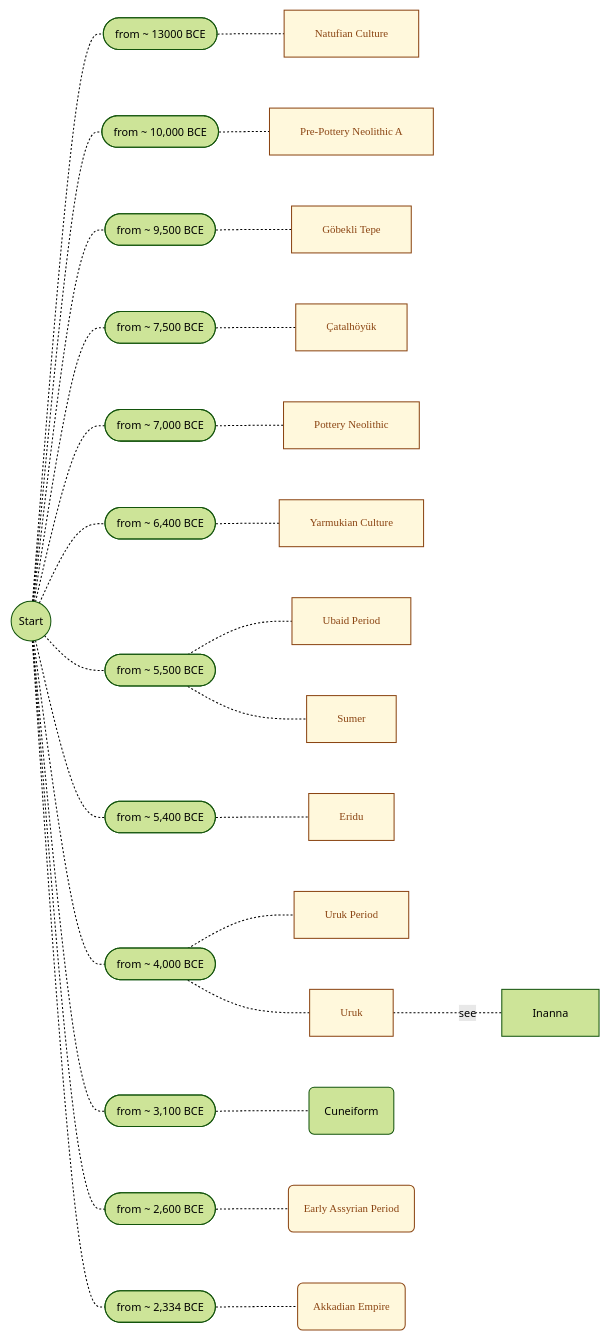
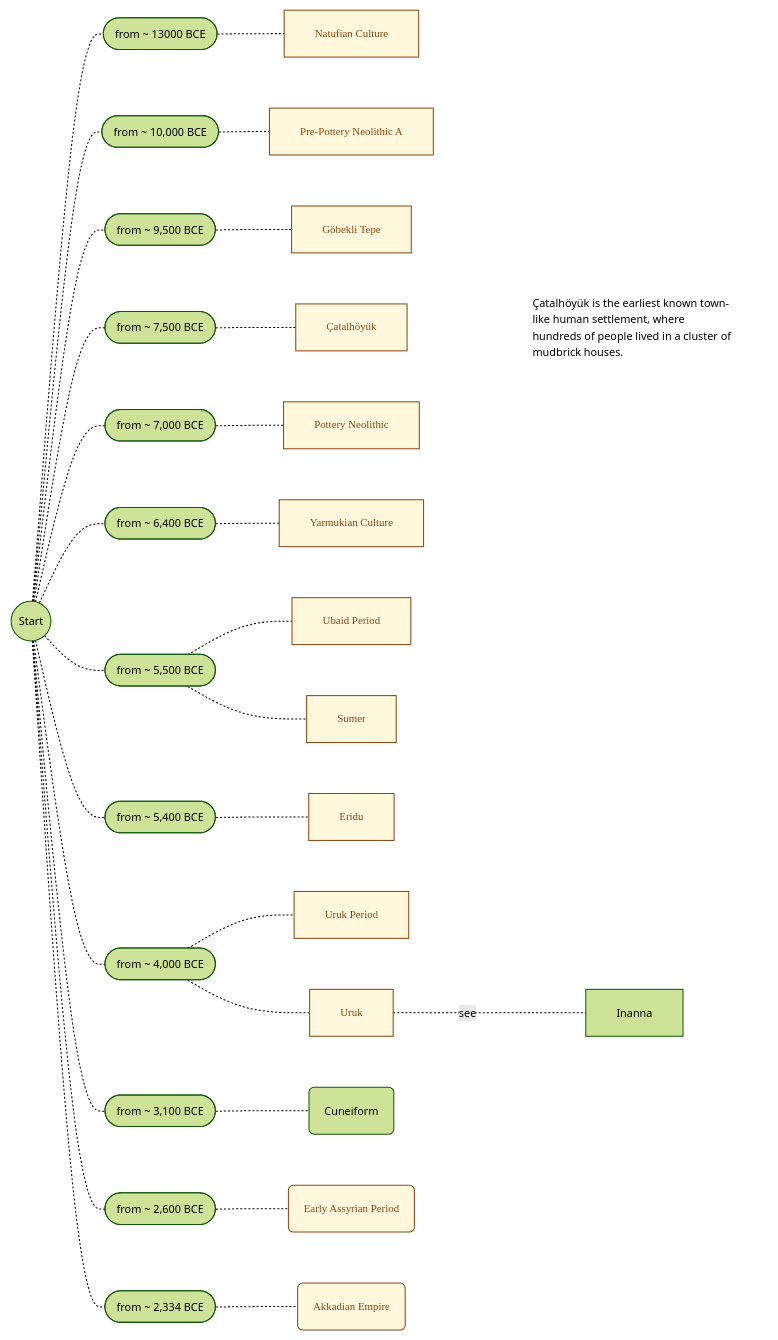
One commit to joe-dorward/samples changed the diagram in 0000_General/mesopotamian_timeline_v1.01.md. Above: the diagram before and after it, drawn with Mermaid.

````diff
--- a/0000_General/mesopotamian_timeline_v1.01.md
+++ b/0000_General/mesopotamian_timeline_v1.01.md
@@ -5,8 +5,10 @@
 ```mermaid
 %%{init: { 'theme':'forest', 'themeVariables': { 'fontSize':'8pt' } }}%%
 flowchart LR
+%%classDef Note_b fill:cornsilk, stroke:saddlebrown, color:saddlebrown, font-family:verdana, text-align:left, margin:0px, padding:0px, height:40px;
 classDef Note fill:cornsilk, stroke:saddlebrown, color:saddlebrown, font-family:verdana, text-align:left, line-height:150%, margin:0px, padding:0px;
-classDef Note_b fill:cornsilk, stroke:saddlebrown, color:saddlebrown, font-family:verdana, text-align:left, margin:0px, padding:0px, height:40px;
+classDef Summary fill:white, stroke:white, text-align:left
+
       START(("Start"))
 
       13000([from ~ 13000 BCE])
@@ -23,6 +25,7 @@
 
       7500([from ~ 7,500 BCE])
       CATALHOYUK[Çatalhöyük]
+      CATALHOYUK_NOTE[Çatalhöyük is the earliest known town-like human settlement, where hundreds of people lived in a cluster of mudbrick houses.]
       click CATALHOYUK "https://en.wikipedia.org/wiki/Çatalhöyük" _blank
 
       7000([from ~ 7,000 BCE])
@@ -67,11 +70,12 @@
 
 
       class NATUFIAN,PRE_POTTERY_NEOLITHIC_A,GOBEKLI_TEPE,CATALHOYUK,POTTERY_NEOLITHIC,YARNUKIAN,UBAID,SUMER,ERIDU,URUK_PERIOD,URUK,EARLY_ASSYRIAN_PERIOD,AKKADIAN_EMPIRE Note;
+      class CATALHOYUK_NOTE Summary
       %% ========== ========== ========== ========== ==========
       START-.-13000-.-NATUFIAN
       START-.-10000-.-PRE_POTTERY_NEOLITHIC_A
       START-.-9500-.-GOBEKLI_TEPE
-      START-.-7500-.-CATALHOYUK
+      START-.-7500-.-CATALHOYUK~~~CATALHOYUK_NOTE
       START-.-7000-.-POTTERY_NEOLITHIC
       START-.-6400-.-YARNUKIAN
       START-.-5500-.-UBAID
@@ -82,4 +86,10 @@
       START-.-3100-.-CUNEIFORM
       START-.-2600-.-EARLY_ASSYRIAN_PERIOD
       START-.-2334-.-AKKADIAN_EMPIRE
+
+    %%linkStyle 0 stroke-width:2px,fill:none,stroke:red;
+    %%linkStyle 1 stroke-width:2px,fill:none,stroke:blue;
+    %%linkStyle 2 stroke-width:2px,fill:none,stroke:red;
+    %%linkStyle 3 stroke-width:2px,fill:none,stroke:blue;
+    %%linkStyle 4 stroke-width:2px,fill:none,stroke:red;
 ```
````
